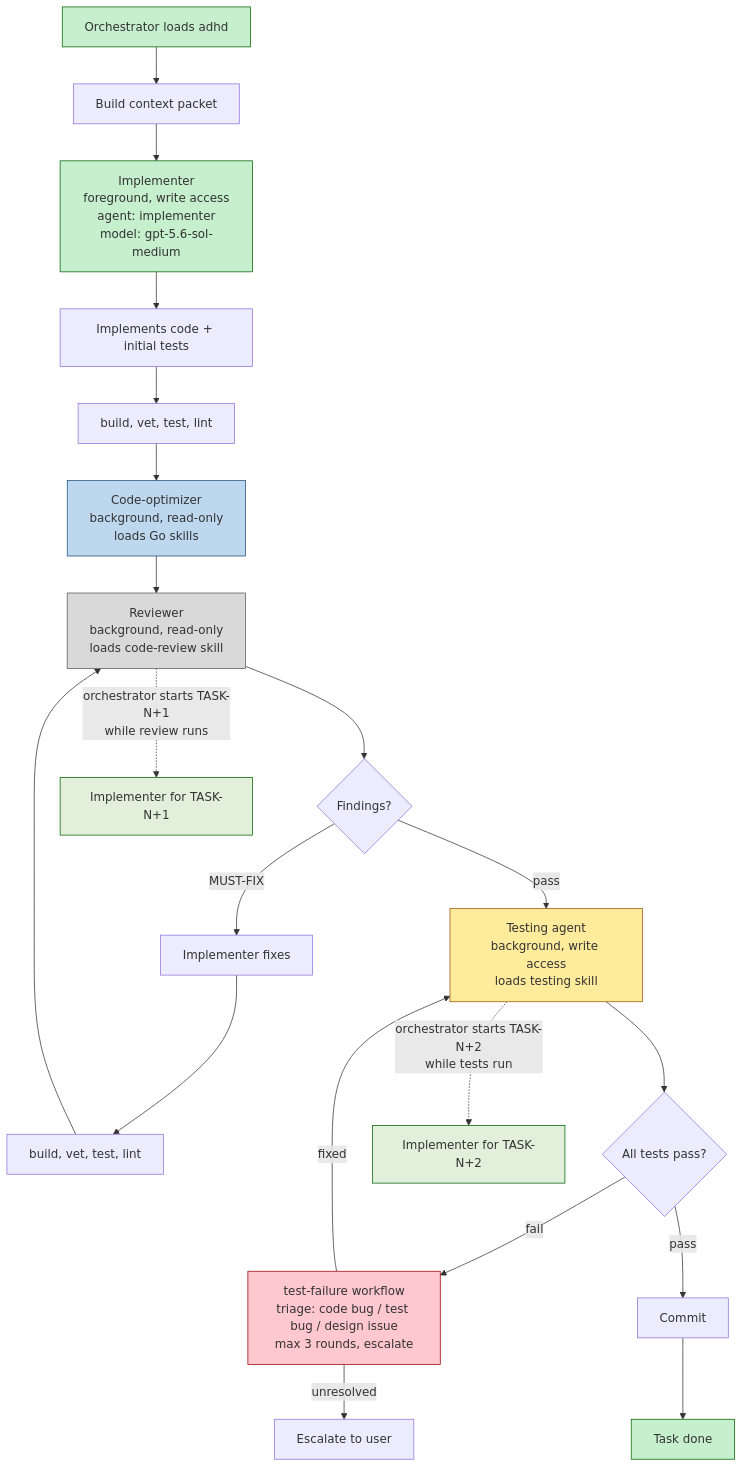
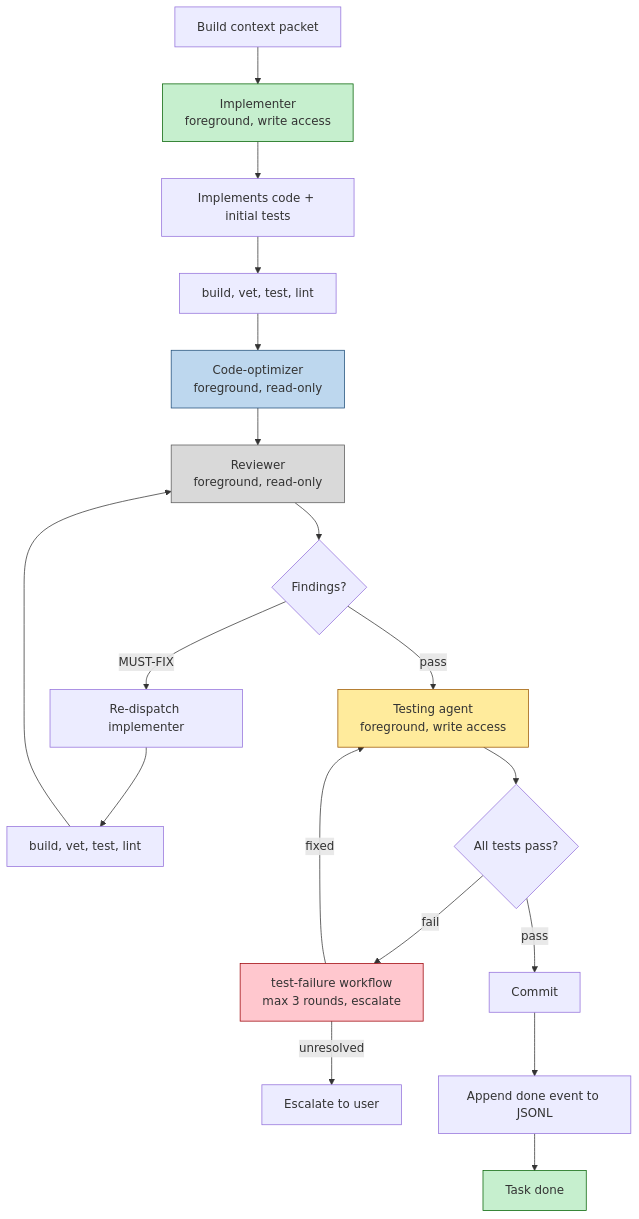
Before and after one commit to bperin/project-context: the fourth of 5 diagrams in src/workflows/overview.md, drawn with Mermaid. The commit also changed other lines of this file and 67 other files, not shown here.

First line of the commit message:
Replace xlsx with JSONL state, prefix skills with pc-, linearize workflows

````diff
--- a/src/workflows/overview.md
+++ b/src/workflows/overview.md
@@ -57,33 +83,27 @@
 ```mermaid
 flowchart TD
-    O["Orchestrator loads adhd"] --> CTX["Build context packet"]
-    CTX --> P["Implementer<br/>foreground, write access<br/>agent: implementer<br/>model: gpt-5.6-sol-medium"]
+    CTX["Build context packet"] --> P["Implementer<br/>foreground, write access"]
     P --> CODE["Implements code + initial tests"]
     CODE --> V1["build, vet, test, lint"]
-    V1 --> CO["Code-optimizer<br/>background, read-only<br/>loads Go skills"]
-    CO --> CR["Reviewer<br/>background, read-only<br/>loads code-review skill"]
+    V1 --> CO["Code-optimizer<br/>foreground, read-only"]
+    CO --> CR["Reviewer<br/>foreground, read-only"]
     CR --> CRC{"Findings?"}
-    CRC -->|MUST-FIX| BACK1["Implementer fixes"]
+    CRC -->|MUST-FIX| BACK1["Re-dispatch implementer"]
     BACK1 --> V2["build, vet, test, lint"]
     V2 --> CR
-    CRC -->|pass| TA["Testing agent<br/>background, write access<br/>loads testing skill"]
+    CRC -->|pass| TA["Testing agent<br/>foreground, write access"]
     TA --> TAC{"All tests pass?"}
-    TAC -->|fail| TF["test-failure workflow<br/>triage: code bug / test bug / design issue<br/>max 3 rounds, escalate"]
+    TAC -->|fail| TF["test-failure workflow<br/>max 3 rounds, escalate"]
     TF -->|fixed| TA
     TF -->|unresolved| ESC["Escalate to user"]
     TAC -->|pass| COM["Commit"]
-    COM --> DONE["Task done"]
+    COM --> JSONL["Append done event to JSONL"]
+    JSONL --> DONE["Task done"]
 
-    CR -.->|orchestrator starts TASK-N+1<br/>while review runs| NEXT["Implementer for TASK-N+1"]
-    TA -.->|orchestrator starts TASK-N+2<br/>while tests run| NEXT2["Implementer for TASK-N+2"]
-
-    style O fill:#C6EFCE,stroke:#006100
     style P fill:#C6EFCE,stroke:#006100
     style CO fill:#BDD7EE,stroke:#1F4E79
     style CR fill:#D9D9D9,stroke:#595959
     style TA fill:#FFEB9C,stroke:#9C5700
     style TF fill:#FFC7CE,stroke:#9C0006
     style DONE fill:#C6EFCE,stroke:#006100
-    style NEXT fill:#E2EFDA,stroke:#006100
-    style NEXT2 fill:#E2EFDA,stroke:#006100
 ```
````
